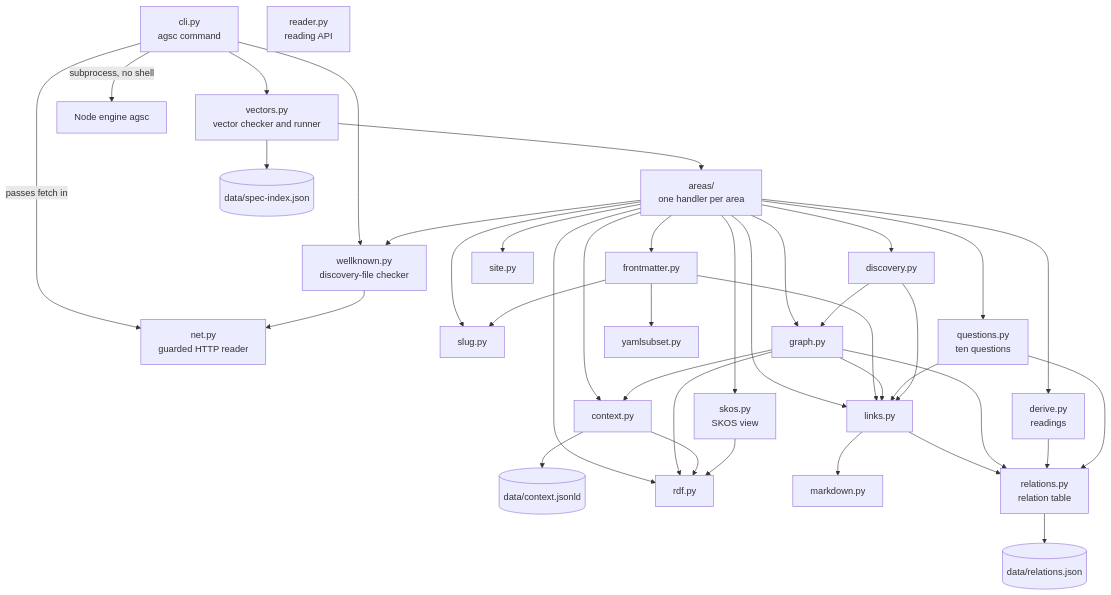
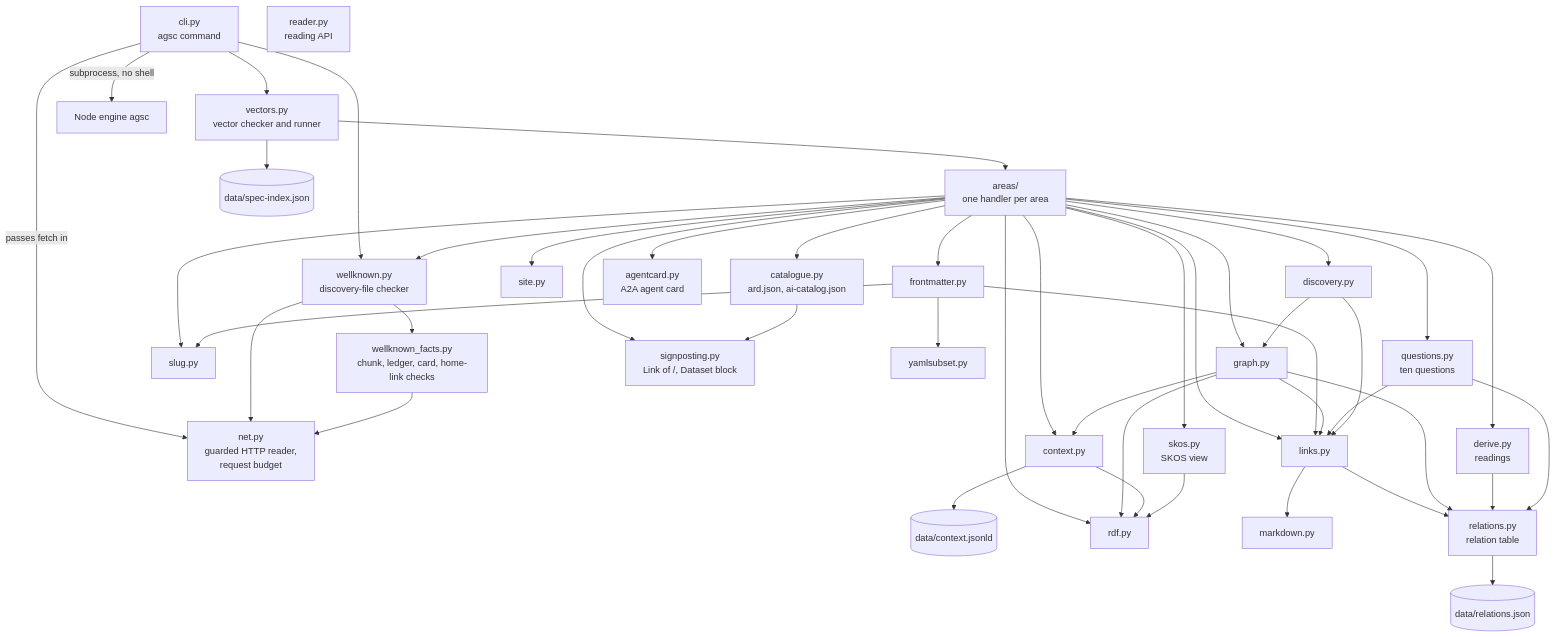
The second of 3 diagrams in docs/ARCHITECTURE.md (andreibesleaga/agentic-system-core-python), drawn with Mermaid before and after one commit. The commit also changed other lines of this file and 87 other files, not shown here.

````diff
--- a/docs/ARCHITECTURE.md
+++ b/docs/ARCHITECTURE.md
@@ -35,45 +35,51 @@
 ```mermaid
 flowchart TD
     cli["cli.py<br/>agsc command"] --> wellknown["wellknown.py<br/>discovery-file checker"]
     cli --> vectors["vectors.py<br/>vector checker and runner"]
     cli -->|"passes fetch in"| net
     cli -->|"subprocess, no shell"| node["Node engine agsc"]
-    wellknown --> net["net.py<br/>guarded HTTP reader"]
+    wellknown --> net["net.py<br/>guarded HTTP reader,<br/>request budget"]
+    wellknown --> facts["wellknown_facts.py<br/>chunk, ledger, card, home-link checks"]
+    facts --> net
     vectors --> areas["areas/<br/>one handler per area"]
     vectors --> index[("data/spec-index.json")]
     context --> published[("data/context.jsonld")]
 
     areas --> frontmatter["frontmatter.py"]
     areas --> slug["slug.py"]
     areas --> links["links.py"]
     areas --> graphmod["graph.py"]
     areas --> context["context.py"]
     areas --> discovery["discovery.py"]
     areas --> site["site.py"]
     areas --> wellknown
     areas --> rdf
 
     areas --> derive["derive.py<br/>readings"]
     areas --> questions["questions.py<br/>ten questions"]
     areas --> skos["skos.py<br/>SKOS view"]
+    areas --> signposting["signposting.py<br/>Link of /, Dataset block"]
+    areas --> catalogue["catalogue.py<br/>ard.json, ai-catalog.json"]
+    areas --> agentcard["agentcard.py<br/>A2A agent card"]
+    catalogue --> signposting
 
     frontmatter --> yamlsubset["yamlsubset.py"]
     frontmatter --> slug
     frontmatter --> links
     links --> markdown["markdown.py"]
     links --> relations["relations.py<br/>relation table"]
     relations --> table[("data/relations.json")]
     graphmod --> links
     graphmod --> relations
     graphmod --> rdf["rdf.py"]
     graphmod --> context
     context --> rdf
     derive --> relations
     questions --> links
     questions --> relations
     skos --> rdf
     discovery --> graphmod
     discovery --> links
 
     reader["reader.py<br/>reading API"]
 ```
````
